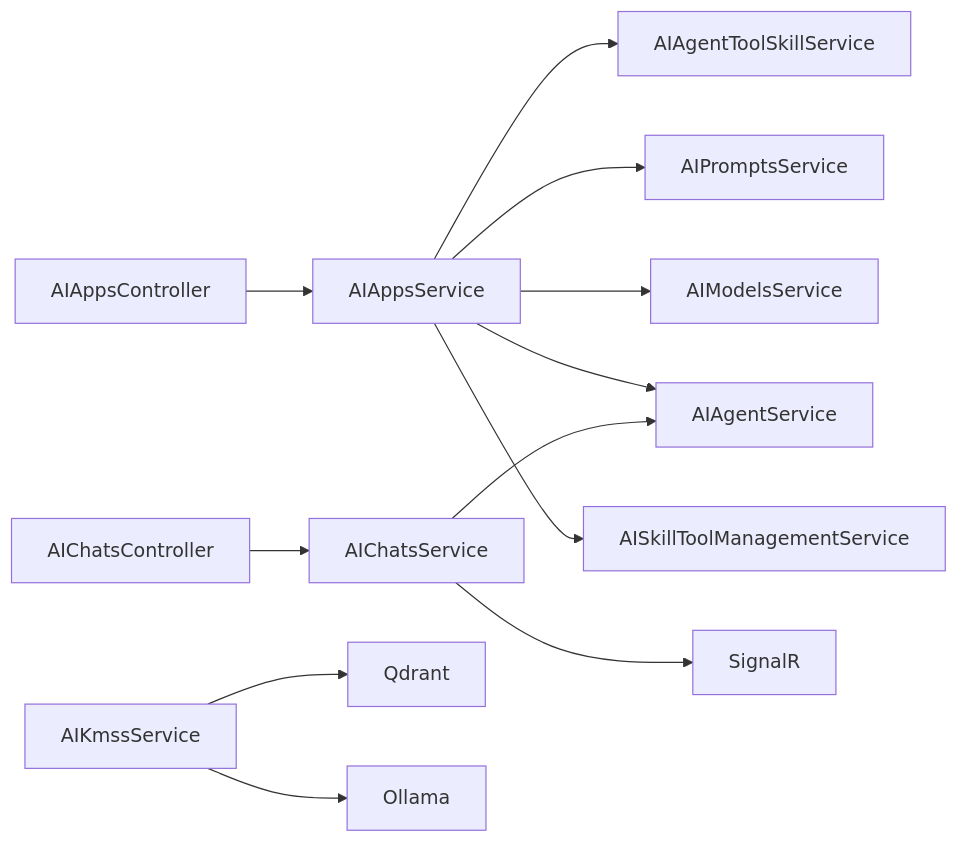
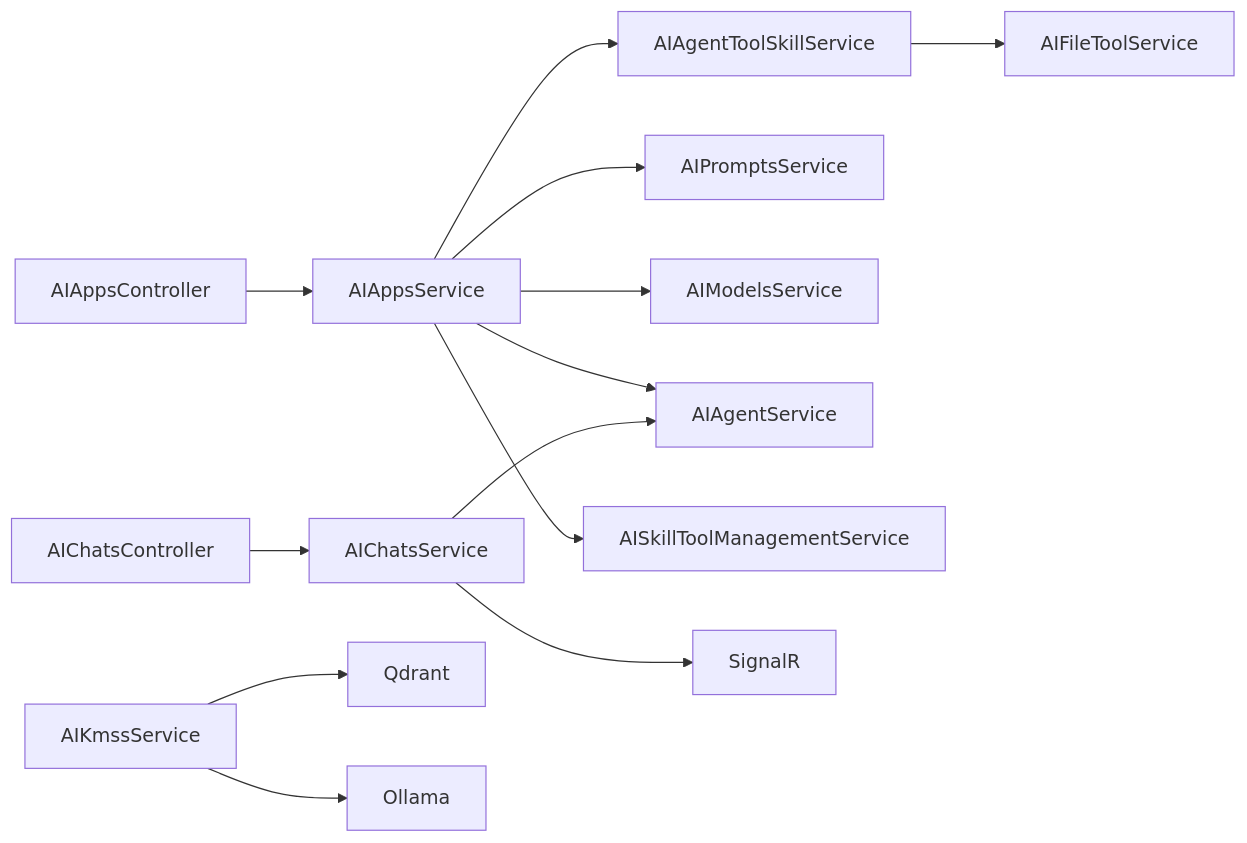
Before and after one commit to junkai-li/NetCoreKevin: the ninth of 9 diagrams in .qoder/repowiki/zh/content/核心模块/AI智能助手/AI智能助手.md, drawn with Mermaid. The commit also changed other lines of this file and 2 other files, not shown here.

````diff
--- a/.qoder/repowiki/zh/content/核心模块/AI智能助手/AI智能助手.md
+++ b/.qoder/repowiki/zh/content/核心模块/AI智能助手/AI智能助手.md
@@ -336,14 +432,15 @@
 ```mermaid
 graph LR
 CtrlApps["AIAppsController"] --> SvcApps["AIAppsService"]
 CtrlChats["AIChatsController"] --> SvcChats["AIChatsService"]
 SvcApps --> ToolSvc["AIAgentToolSkillService"]
 SvcApps --> PromptSvc["AIPromptsService"]
 SvcApps --> ModelSvc["AIModelsService"]
 SvcApps --> AgentSvc["AIAgentService"]
 SvcChats --> AgentSvc
 SvcApps --> SkillMgr["AISkillToolManagementService"]
 SvcChats --> SignalR["SignalR"]
 SvcKms["AIKmssService"] --> Qdrant["Qdrant"]
 SvcKms --> Ollama["Ollama"]
+ToolSvc --> FileSvc["AIFileToolService"]
 ```
````
